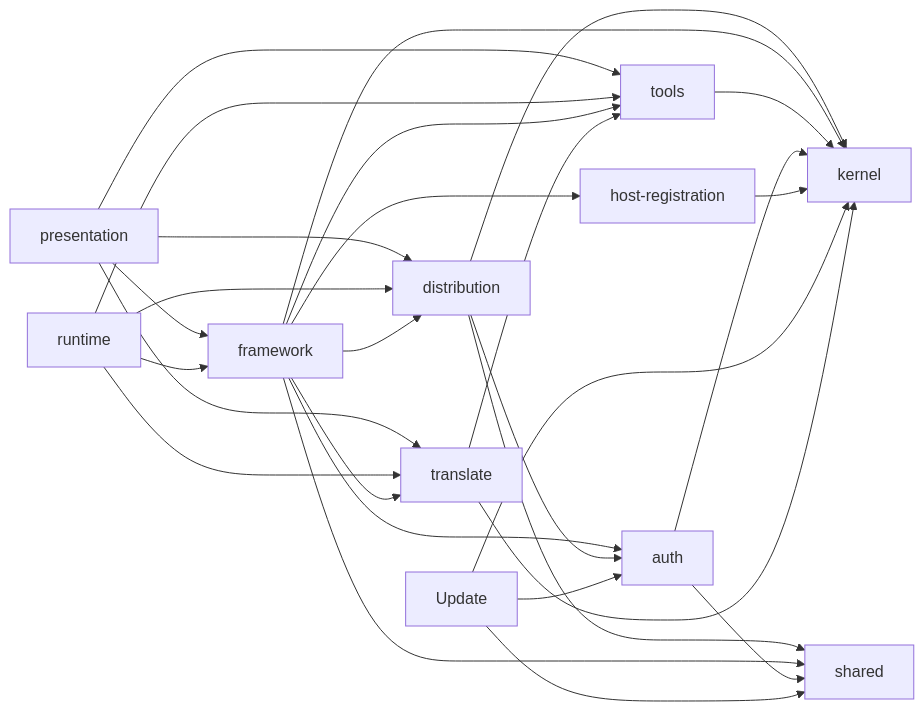
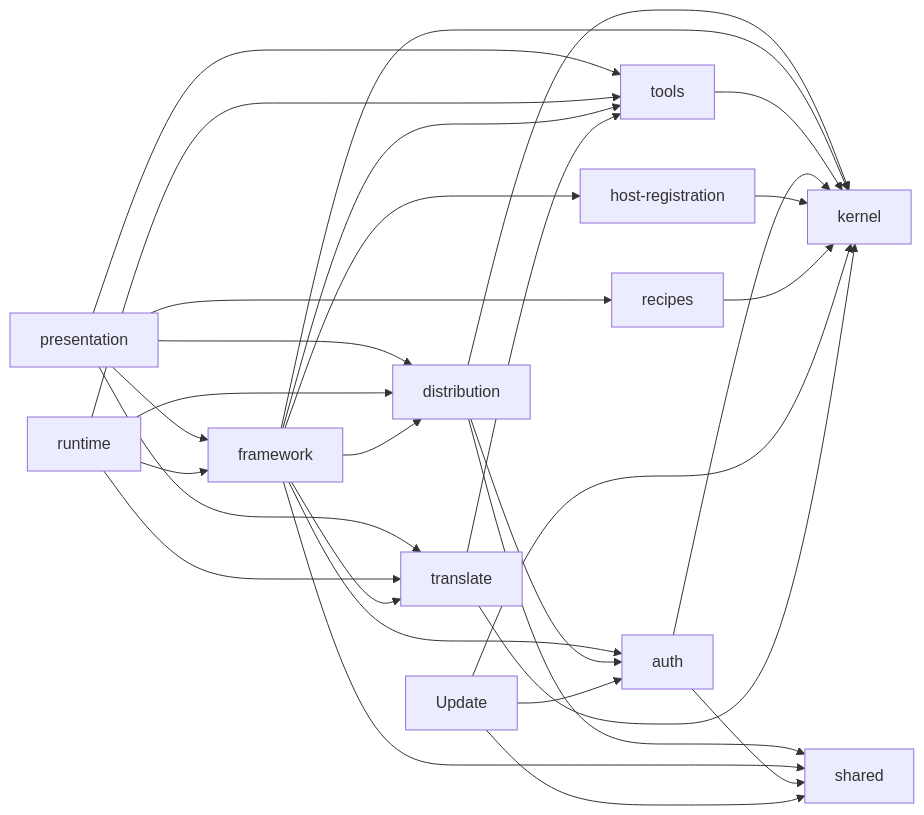
One commit to ai-driven-dev/framework changed the diagram in cli/aidd_docs/memory/architecture.md. Above: the diagram before and after it, drawn with Mermaid. The commit also changed 34 other files, not shown here.

````diff
--- a/cli/aidd_docs/memory/architecture.md
+++ b/cli/aidd_docs/memory/architecture.md
@@ -15,30 +15,32 @@
 ```mermaid
 flowchart LR
     Presentation["presentation"] --> Distribution["distribution"]
     Presentation --> Framework["framework"]
+    Presentation --> Recipes["recipes"]
     Presentation --> Tools["tools"]
     Presentation --> Translate["translate"]
     Runtime["runtime"] --> Distribution
     Runtime --> Framework
     Runtime --> Tools
     Runtime --> Translate
     Framework --> Translate
     Framework --> Distribution
     Framework --> Tools
     Framework --> Auth["auth"]
     Framework --> HostRegistration["host-registration"]
     Distribution --> Auth
     Translate --> Tools
     Distribution --> Kernel["kernel"]
     Distribution --> Shared["shared"]
     Framework --> Shared
     Framework --> Kernel
     Tools --> Kernel
     Auth --> Kernel
     HostRegistration --> Kernel
     Auth --> Shared
     Update --> Auth
+    Recipes --> Kernel
     Update --> Kernel
     Update --> Shared
     Translate --> Kernel
 ```
````
